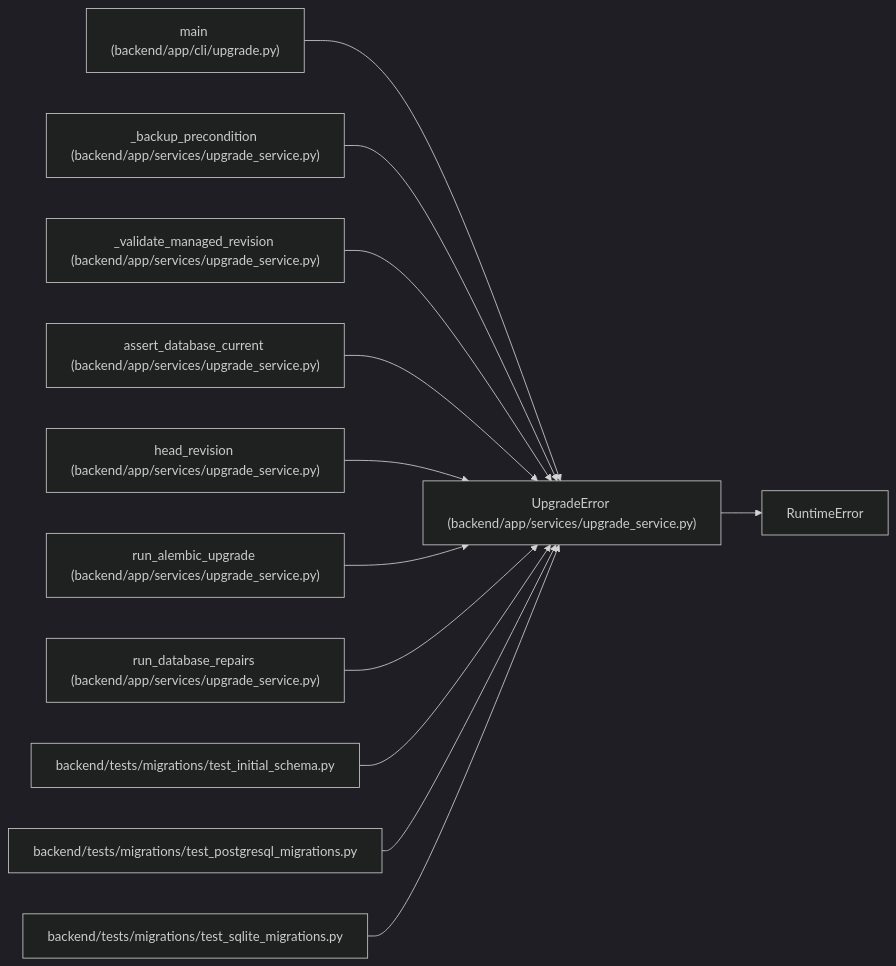
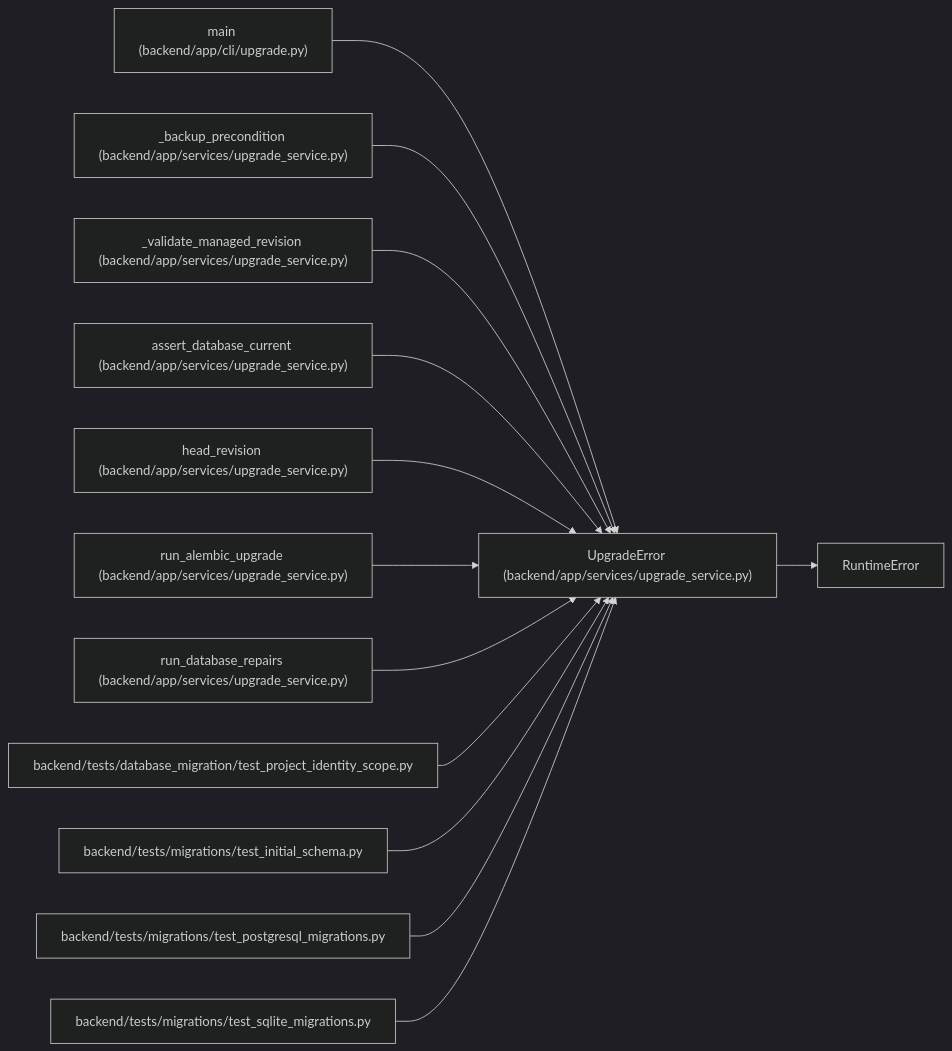
The diagram in docs/llm_wiki/entities/UpgradeError.md (Denissvgn/WorkChord), drawn with Mermaid (dark theme) before and after one commit. The commit also changed other lines of this file and 10148 other files, not shown here.

````diff
--- a/docs/llm_wiki/entities/UpgradeError.md
+++ b/docs/llm_wiki/entities/UpgradeError.md
@@ -23,37 +23,40 @@
 ```mermaid
 flowchart LR
     n0["UpgradeError (backend/app/services/upgrade_service.py)"]
     n1["RuntimeError"]
     n2["main (backend/app/cli/upgrade.py)"]
     n3["_backup_precondition (backend/app/services/upgrade_service.py)"]
     n4["_validate_managed_revision (backend/app/services/upgrade_service.py)"]
     n5["assert_database_current (backend/app/services/upgrade_service.py)"]
     n6["head_revision (backend/app/services/upgrade_service.py)"]
     n7["run_alembic_upgrade (backend/app/services/upgrade_service.py)"]
     n8["run_database_repairs (backend/app/services/upgrade_service.py)"]
-    n9["backend/tests/migrations/test_initial_schema.py"]
-    n10["backend/tests/migrations/test_postgresql_migrations.py"]
-    n11["backend/tests/migrations/test_sqlite_migrations.py"]
+    n9["backend/tests/database_migration/test_project_identity_scope.py"]
+    n10["backend/tests/migrations/test_initial_schema.py"]
+    n11["backend/tests/migrations/test_postgresql_migrations.py"]
+    n12["backend/tests/migrations/test_sqlite_migrations.py"]
     n0 --> n1
     n2 --> n0
     n3 --> n0
     n4 --> n0
     n5 --> n0
     n6 --> n0
     n7 --> n0
     n8 --> n0
     n9 --> n0
     n10 --> n0
     n11 --> n0
+    n12 --> n0
     click n0 "../modules/upgrade_service.md"
     click n2 "../modules/upgrade.md"
     click n3 "../modules/upgrade_service.md"
     click n4 "../modules/upgrade_service.md"
     click n5 "../modules/upgrade_service.md"
     click n6 "../modules/upgrade_service.md"
     click n7 "../modules/upgrade_service.md"
     click n8 "../modules/upgrade_service.md"
-    click n9 "../modules/test_initial_schema.md"
-    click n10 "../modules/test_postgresql_migrations.md"
-    click n11 "../modules/test_sqlite_migrations.md"
+    click n9 "../modules/test_project_identity_scope.md"
+    click n10 "../modules/test_initial_schema.md"
+    click n11 "../modules/test_postgresql_migrations.md"
+    click n12 "../modules/test_sqlite_migrations.md"
 ```
````
